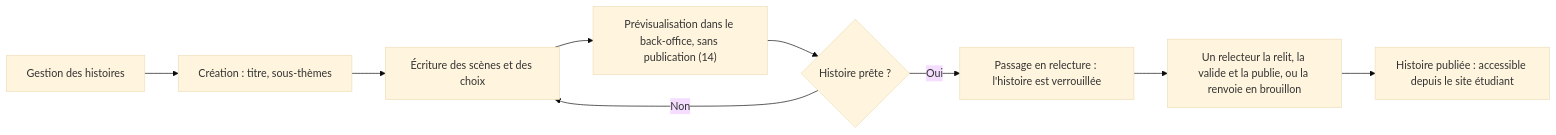
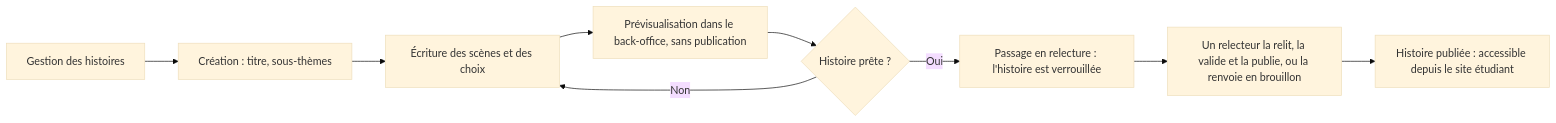
Before and after one commit to Korrighed/safe-campus-back: the ninth of 12 diagrams in docs/cahier-des-charges-techniques.md, drawn with Mermaid (base theme). The commit also changed other lines of this file and 42 other files, not shown here.

````diff
--- a/docs/cahier-des-charges-techniques.md
+++ b/docs/cahier-des-charges-techniques.md
@@ -430,11 +502,11 @@
 ```mermaid
 flowchart LR
   A["Gestion des histoires"] --> B["Création : titre, sous-thèmes"]
   B --> C["Écriture des scènes et des choix"]
-  C --> D["Prévisualisation dans le back-office, sans publication (14)"]
+  C --> D["Prévisualisation dans le back-office, sans publication"]
   D --> E{"Histoire prête ?"}
   E -->|Non| C
   E -->|Oui| F["Passage en relecture : l'histoire est verrouillée"]
   F --> G["Un relecteur la relit, la valide et la publie, ou la renvoie en brouillon"]
   G --> H["Histoire publiée : accessible depuis le site étudiant"]
 ```
````
